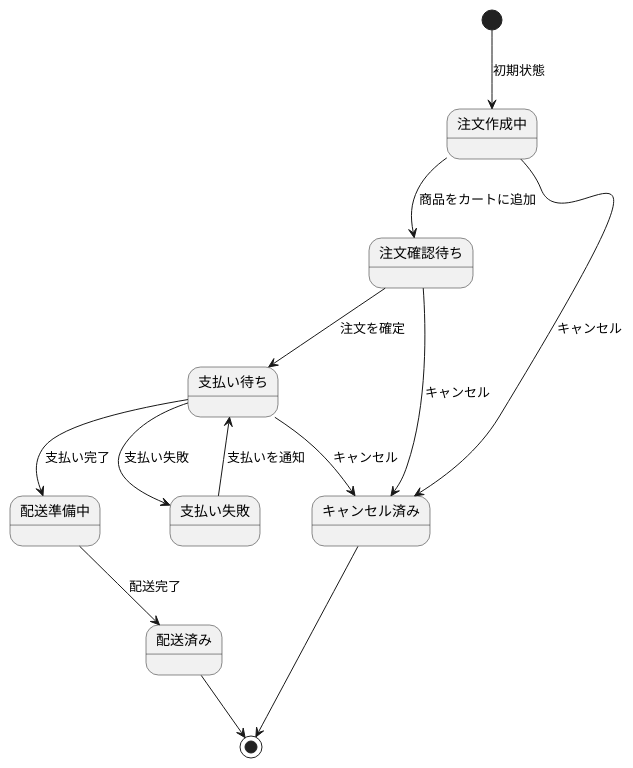
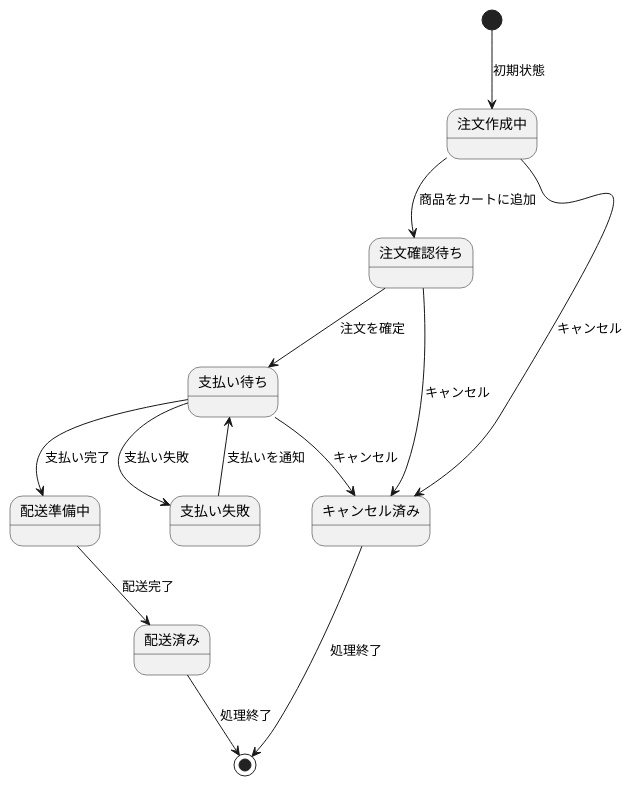
One commit to WithUSTAYBuddies/10th-assignment changed the diagram in training4.pu. Above: the diagram before and after it, drawn with PlantUML.

Commit message:
処理終了を追加

```diff
--- a/training4.pu
+++ b/training4.pu
@@ -1,14 +1,14 @@
 @startuml
 [*] --> 注文作成中 : 初期状態
 注文作成中 --> 注文確認待ち : 商品をカートに追加
 注文作成中 --> キャンセル済み : キャンセル
 注文確認待ち --> 支払い待ち : 注文を確定
 注文確認待ち --> キャンセル済み : キャンセル
-キャンセル済み --> [*]
+キャンセル済み --> [*] : 処理終了
 支払い待ち --> 配送準備中 : 支払い完了
 支払い待ち --> キャンセル済み : キャンセル
 支払い待ち -->支払い失敗 : 支払い失敗
 支払い失敗 --> 支払い待ち : 支払いを通知
 配送準備中 --> 配送済み : 配送完了
-配送済み --> [*]
+配送済み --> [*] : 処理終了
 @enduml
```
